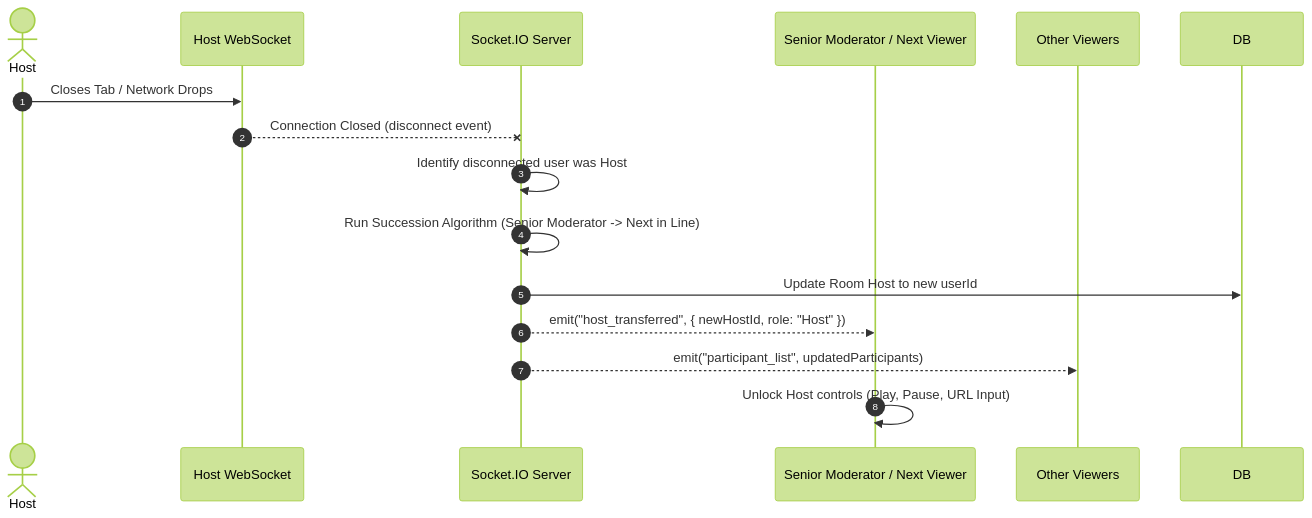
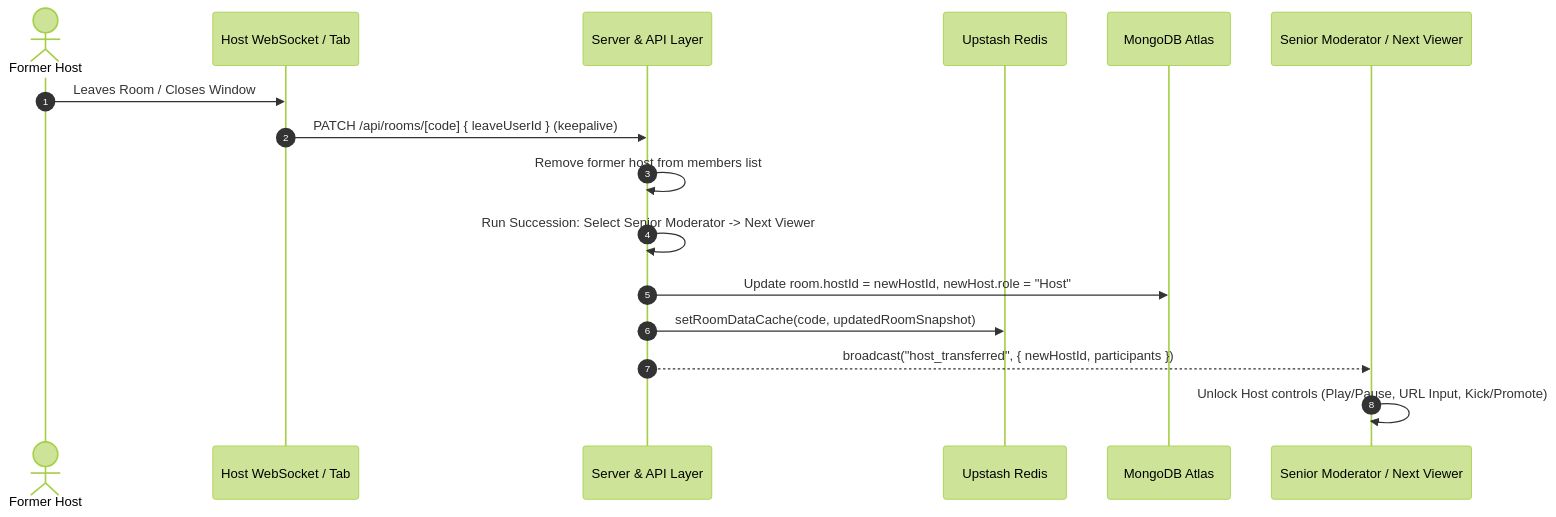
The fourth of 4 diagrams in README.md (kushalpatel8/watch-party-system), drawn with Mermaid (forest theme) before and after one commit. The commit also changed other lines of this file and 6 other files, not shown here.

````diff
--- a/README.md
+++ b/README.md
@@ -129,18 +205,19 @@
 ```mermaid
 sequenceDiagram
     autonumber
-    actor Host as Host
-    participant HostSocket as Host WebSocket
-    participant Server as Socket.IO Server
-    participant SeniorMod as Senior Moderator / Next Viewer
-    participant Viewers as Other Viewers
+    actor Host as Former Host
+    participant HostSocket as Host WebSocket / Tab
+    participant Server as Server & API Layer
+    participant Redis as Upstash Redis
+    participant DB as MongoDB Atlas
+    participant NewHost as Senior Moderator / Next Viewer
 
-    Host->>HostSocket: Closes Tab / Network Drops
-    HostSocket--xServer: Connection Closed (disconnect event)
-    Server->>Server: Identify disconnected user was Host
-    Server->>Server: Run Succession Algorithm (Senior Moderator -> Next in Line)
-    Server->>DB: Update Room Host to new userId
-    Server-->>SeniorMod: emit("host_transferred", { newHostId, role: "Host" })
-    Server-->>Viewers: emit("participant_list", updatedParticipants)
-    SeniorMod->>SeniorMod: Unlock Host controls (Play, Pause, URL Input)
+    Host->>HostSocket: Leaves Room / Closes Window
+    HostSocket->>Server: PATCH /api/rooms/[code] { leaveUserId } (keepalive)
+    Server->>Server: Remove former host from members list
+    Server->>Server: Run Succession: Select Senior Moderator -> Next Viewer
+    Server->>DB: Update room.hostId = newHostId, newHost.role = "Host"
+    Server->>Redis: setRoomDataCache(code, updatedRoomSnapshot)
+    Server-->>NewHost: broadcast("host_transferred", { newHostId, participants })
+    NewHost->>NewHost: Unlock Host controls (Play/Pause, URL Input, Kick/Promote)
 ```
````
